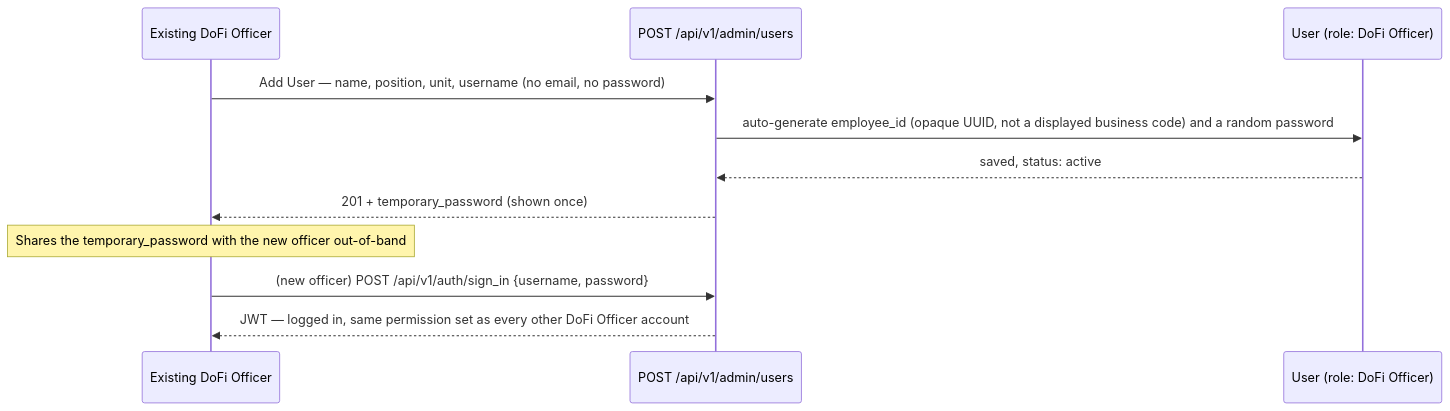
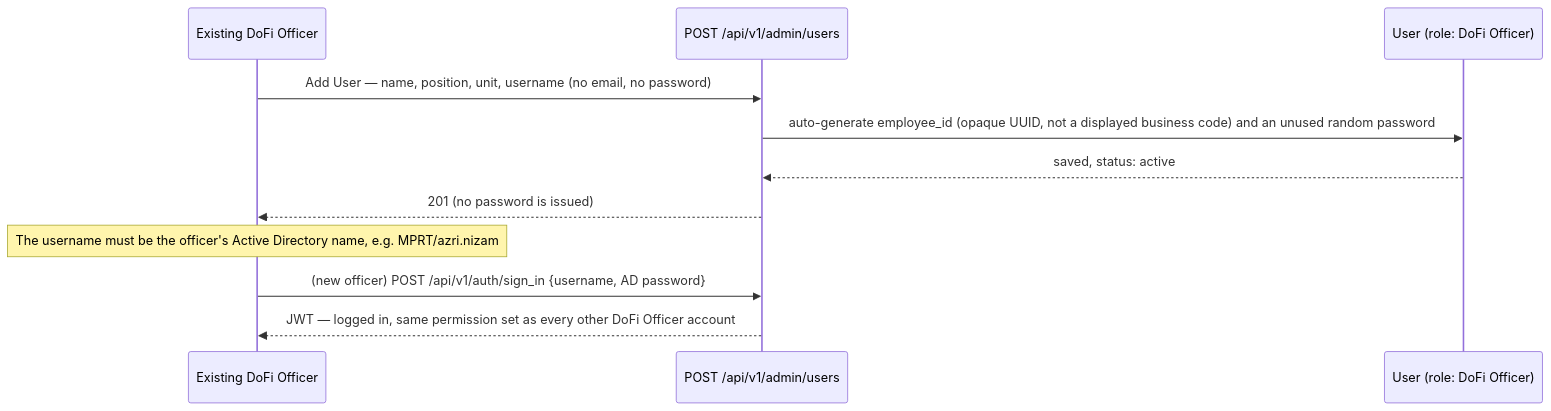
Before and after one commit to arya020595/st_dofi_backend: the first of 4 diagrams in docs/registration/business-flow.md, drawn with Mermaid. The commit also changed other lines of this file and 62 other files, not shown here.

````diff
--- a/docs/registration/business-flow.md
+++ b/docs/registration/business-flow.md
@@ -114,14 +114,14 @@
 ```mermaid
 sequenceDiagram
     participant Existing as Existing DoFi Officer
     participant API as POST /api/v1/admin/users
     participant DB as User (role: DoFi Officer)
 
     Existing->>API: Add User — name, position, unit, username (no email, no password)
-    API->>DB: auto-generate employee_id (opaque UUID, not a displayed business code) and a random password
+    API->>DB: auto-generate employee_id (opaque UUID, not a displayed business code) and an unused random password
     DB-->>API: saved, status: active
-    API-->>Existing: 201 + temporary_password (shown once)
-    Note over Existing: Shares the temporary_password with the new officer out-of-band
-    Existing->>API: (new officer) POST /api/v1/auth/sign_in {username, password}
+    API-->>Existing: 201 (no password is issued)
+    Note over Existing: The username must be the officer's Active Directory name, e.g. MPRT/azri.nizam
+    Existing->>API: (new officer) POST /api/v1/auth/sign_in {username, AD password}
     API-->>Existing: JWT — logged in, same permission set as every other DoFi Officer account
 ```
````
